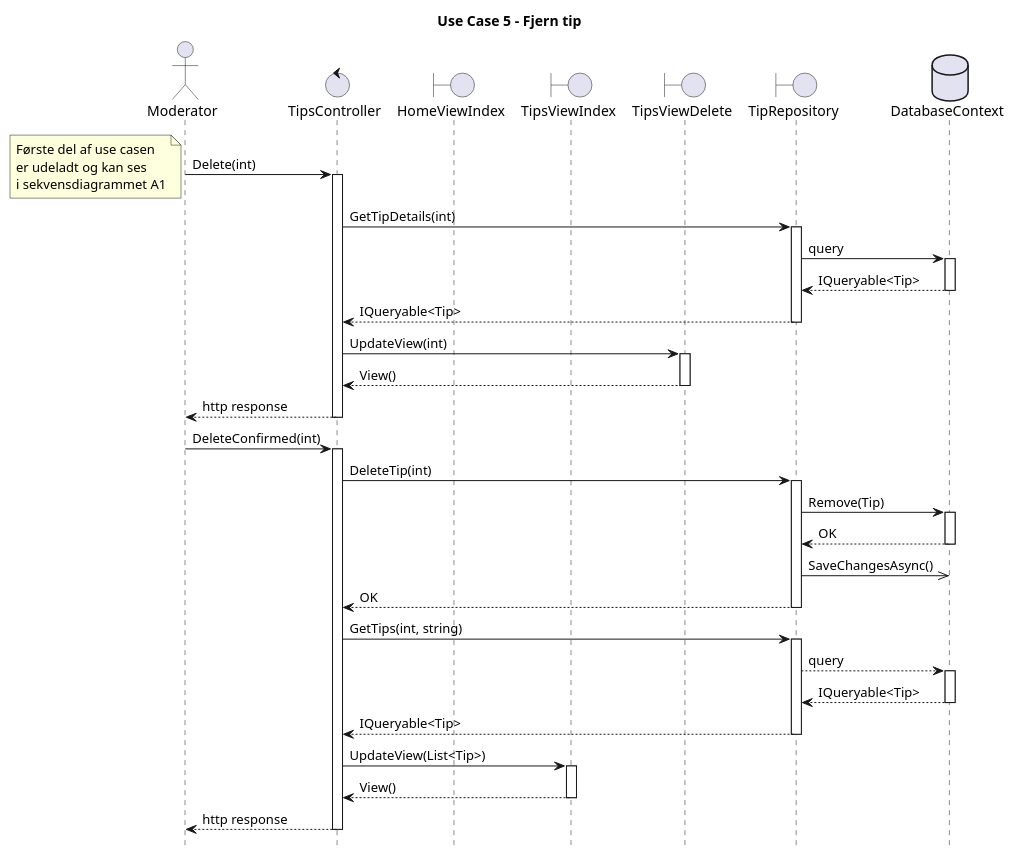
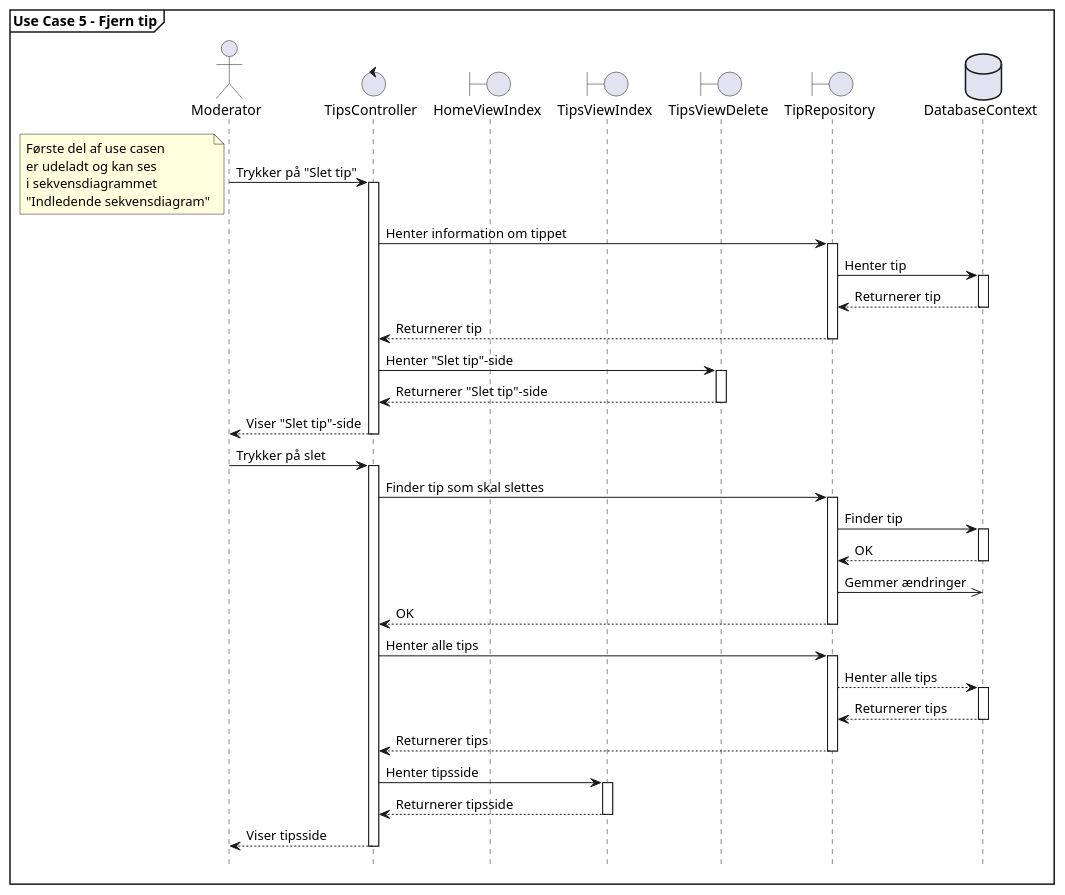
The diagram in plantuml/Sequence Diagrams/Arkitektur/UC5.puml (I4PRJ4/I4PRJ4-plantuml), drawn with PlantUML before and after one commit.

```diff
--- a/plantuml/Sequence Diagrams/Arkitektur/UC5.puml
+++ b/plantuml/Sequence Diagrams/Arkitektur/UC5.puml
@@ -1,83 +1,85 @@
 @startuml
-title Use Case 5 - Fjern tip
+
+mainframe **Use Case 5 - Fjern tip**
 
 actor       Moderator       as mod
 control       TipsController       as tipscont
 boundary       HomeViewIndex       as homeindex
 boundary       TipsViewIndex       as tipsindex
 boundary       TipsViewDelete       as tipsdelete
 boundary       TipRepository       as tipsrepo
 database       DatabaseContext       as db
 
 
-mod -> tipscont: Delete(int)
+mod -> tipscont: Trykker på "Slet tip"
 
 note left
 Første del af use casen
 er udeladt og kan ses
-i sekvensdiagrammet A1
+i sekvensdiagrammet
+"Indledende sekvensdiagram"
 end note
 
 Activate tipscont
-tipscont -> tipsrepo: GetTipDetails(int)
+tipscont -> tipsrepo: Henter information om tippet
 
 Activate tipsrepo
-tipsrepo -> db: query
+tipsrepo -> db: Henter tip
 
 Activate db
-db --> tipsrepo: IQueryable<Tip>
+db --> tipsrepo: Returnerer tip
 Deactivate db
 
-tipsrepo --> tipscont: IQueryable<Tip>
+tipsrepo --> tipscont: Returnerer tip
 Deactivate tipsrepo
 
-tipscont -> tipsdelete: UpdateView(int)
+tipscont -> tipsdelete: Henter "Slet tip"-side
 
 Activate tipsdelete
-tipsdelete --> tipscont: View()
+tipsdelete --> tipscont: Returnerer "Slet tip"-side
 Deactivate tipsdelete
 
-tipscont --> mod: http response
+tipscont --> mod: Viser "Slet tip"-side
 Deactivate tipscont
 
-mod -> tipscont: DeleteConfirmed(int)
+mod -> tipscont: Trykker på slet
 
 Activate tipscont
-tipscont -> tipsrepo: DeleteTip(int)
+tipscont -> tipsrepo: Finder tip som skal slettes
 
 Activate tipsrepo
-tipsrepo -> db: Remove(Tip)
+tipsrepo -> db: Finder tip
 
 Activate db
 db --> tipsrepo: OK
 Deactivate db
 
-tipsrepo ->> db: SaveChangesAsync()
+tipsrepo ->> db: Gemmer ændringer
 
 tipsrepo --> tipscont: OK
 Deactivate tipsrepo
 
-tipscont -> tipsrepo: GetTips(int, string)
+tipscont -> tipsrepo: Henter alle tips
 
 Activate tipsrepo
-tipsrepo --> db: query
+tipsrepo --> db: Henter alle tips
 
 Activate db
-db --> tipsrepo: IQueryable<Tip>
+db --> tipsrepo: Returnerer tips
 Deactivate db
 
-tipsrepo --> tipscont: IQueryable<Tip>
+tipsrepo --> tipscont: Returnerer tips
 Deactivate tipsrepo
 
-tipscont -> tipsindex: UpdateView(List<Tip>)
+tipscont -> tipsindex: Henter tipsside
 
 Activate tipsindex
-tipsindex --> tipscont: View()
+tipsindex --> tipscont: Returnerer tipsside
 Deactivate tipsindex
 
-tipscont --> mod: http response
+tipscont --> mod: Viser tipsside
 Deactivate tipscont
 
 
 hide footbox
 @enduml
```
